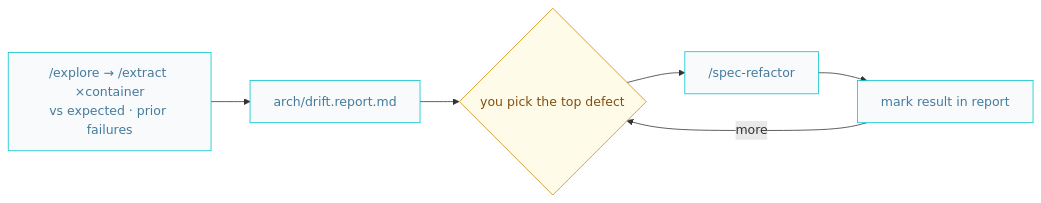
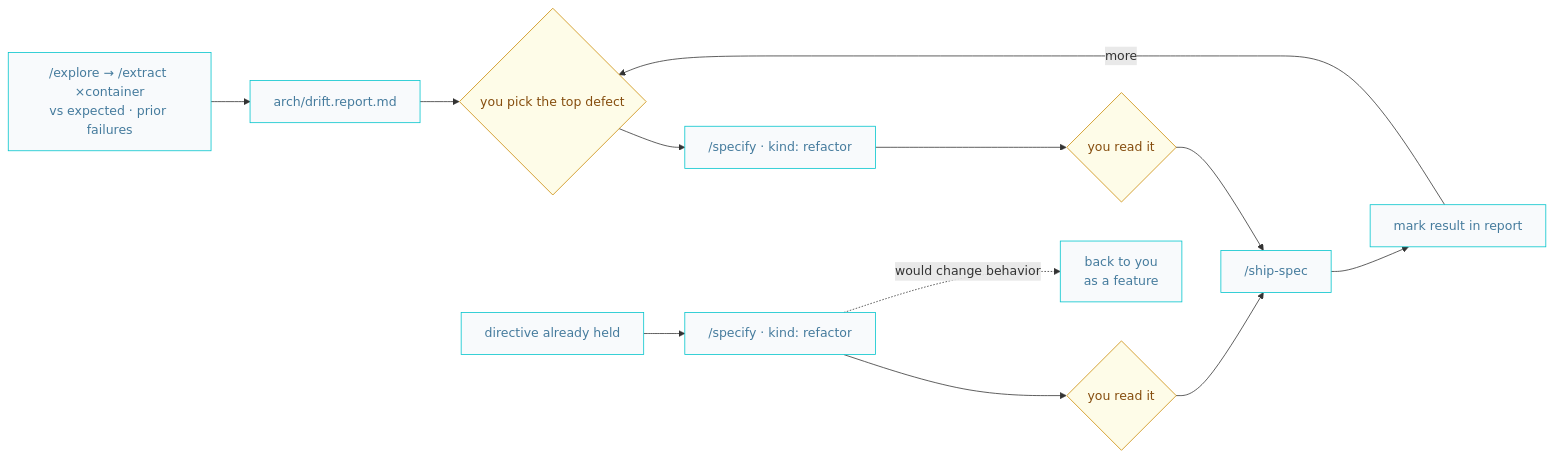
One commit to AIDDbot/AIDDbot changed the fourth of 4 diagrams in docs/AIDD.workflow.md. Above: the diagram before and after it, drawn with Mermaid. The commit also changed other lines of this file and 10 other files, not shown here.

````diff
--- a/docs/AIDD.workflow.md
+++ b/docs/AIDD.workflow.md
@@ -105,11 +114,18 @@
 ```mermaid
 flowchart LR
   classDef nd fill:#f8fafc,stroke:#00c4cc,color:#457b9d
   classDef q fill:#fefce8,stroke:#ca8a04,color:#854d0e
 
   EXP["/explore → /extract ×container<br/>vs expected · prior failures"]:::nd --> RPT["arch/drift.report.md"]:::nd
   RPT --> PICK{"you pick the top defect"}:::q
-  PICK --> REF["/spec-refactor"]:::nd
-  REF --> MARK["mark result in report"]:::nd
+  PICK --> SPEC["/specify · kind: refactor"]:::nd
+  SPEC --> CHK{"you read it"}:::q
+  CHK --> SHIP["/ship-spec"]:::nd
+  SHIP --> MARK["mark result in report"]:::nd
   MARK -->|more| PICK
+
+  DIR["directive already held"]:::nd --> SPEC2["/specify · kind: refactor"]:::nd
+  SPEC2 --> CHK2{"you read it"}:::q
+  CHK2 --> SHIP
+  SPEC2 -.->|"would change behavior"| OUT["back to you<br/>as a feature"]:::nd
 ```
````
